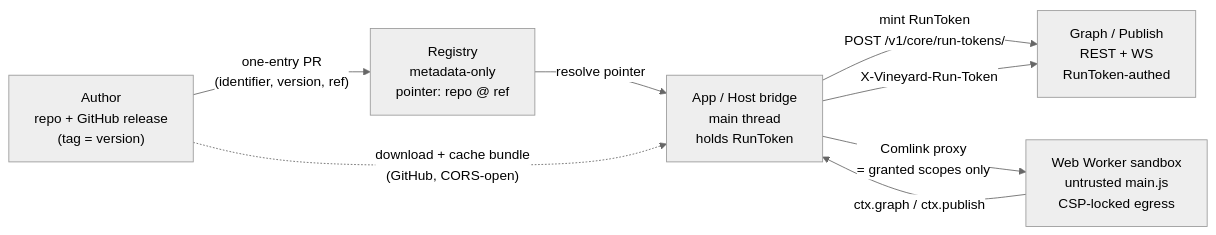
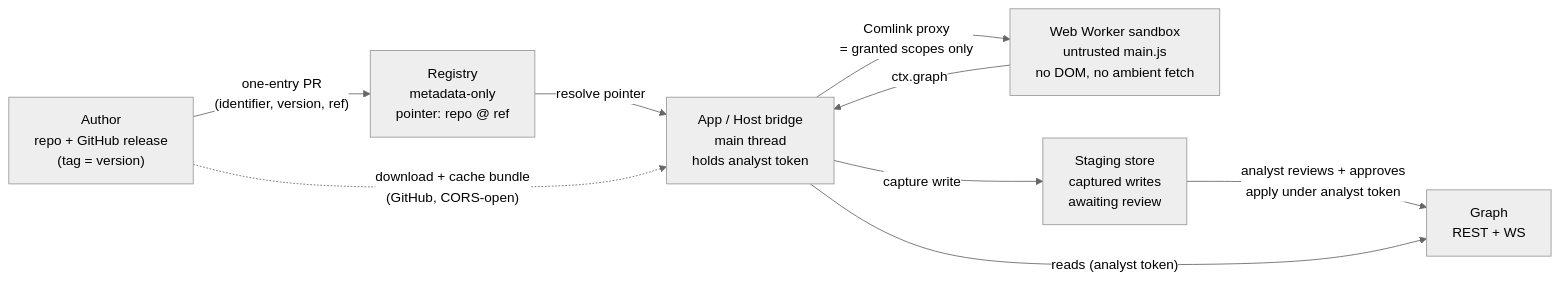
The diagram in docs/develop/architecture.md (Vineyard-Intelligence/documentation), drawn with Mermaid (neutral theme) before and after one commit. The commit also changed other lines of this file and 48 other files, not shown here.

````diff
--- a/docs/develop/architecture.md
+++ b/docs/develop/architecture.md
@@ -17,16 +17,18 @@
 ```mermaid
 flowchart LR
     A["Author<br/>repo + GitHub release<br/>(tag = version)"]
     R["Registry<br/>metadata-only<br/>pointer: repo @ ref"]
-    H["App / Host bridge<br/>main thread<br/>holds RunToken"]
-    W["Web Worker sandbox<br/>untrusted main.js<br/>CSP-locked egress"]
-    G["Graph / Publish<br/>REST + WS<br/>RunToken-authed"]
+    H["App / Host bridge<br/>main thread<br/>holds analyst token"]
+    W["Web Worker sandbox<br/>untrusted main.js<br/>no DOM, no ambient fetch"]
+    S["Staging store<br/>captured writes<br/>awaiting review"]
+    G["Graph<br/>REST + WS"]
 
     A -- "one-entry PR<br/>(identifier, version, ref)" --> R
     R -- "resolve pointer" --> H
     A -. "download + cache bundle<br/>(GitHub, CORS-open)" .-> H
-    H -- "mint RunToken<br/>POST /v1/core/run-tokens/" --> G
     H -- "Comlink proxy<br/>= granted scopes only" --> W
-    W -- "ctx.graph / ctx.publish" --> H
-    H -- "X-Vineyard-Run-Token" --> G
+    W -- "ctx.graph" --> H
+    H -- "capture write" --> S
+    S -- "analyst reviews + approves<br/>apply under analyst token" --> G
+    H -- "reads (analyst token)" --> G
 ```
````
